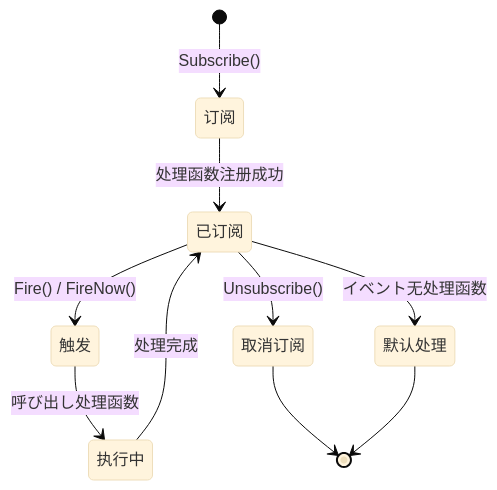
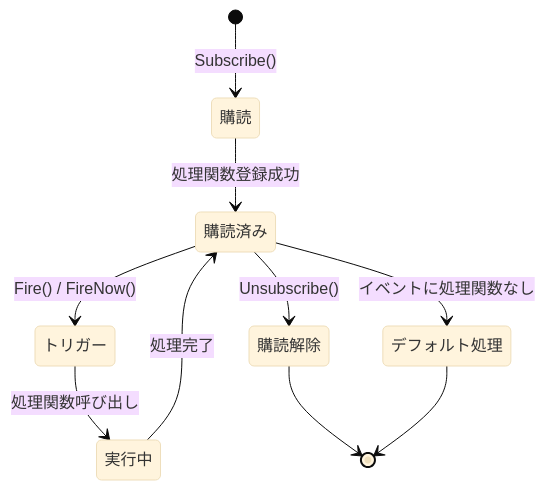
Before and after one commit to AlianBlank/GameFrameX.Docs: the third of 3 diagrams in docs/ja/client/unity/component/event/01.overview.md, drawn with Mermaid (base theme). The commit also changed other lines of this file and 320 other files, not shown here.

````diff
--- a/docs/ja/client/unity/component/event/01.overview.md
+++ b/docs/ja/client/unity/component/event/01.overview.md
@@ -109,12 +109,12 @@
 ```mermaid
 stateDiagram-v2
-    [*] --> 订阅: Subscribe()
-    订阅 --> 已订阅: 处理函数注册成功
-    已订阅 --> 触发: Fire() / FireNow()
-    触发 --> 执行中: 呼び出し处理函数
-    执行中 --> 已订阅: 处理完成
-    已订阅 --> 取消订阅: Unsubscribe()
-    取消订阅 --> [*]
-    已订阅 --> 默认处理: イベント无处理函数
-    默认处理 --> [*]
+    [*] --> 購読: Subscribe()
+    購読 --> 購読済み: 処理関数登録成功
+    購読済み --> トリガー: Fire() / FireNow()
+    トリガー --> 実行中: 処理関数呼び出し
+    実行中 --> 購読済み: 処理完了
+    購読済み --> 購読解除: Unsubscribe()
+    購読解除 --> [*]
+    購読済み --> デフォルト処理: イベントに処理関数なし
+    デフォルト処理 --> [*]
 ```
````
